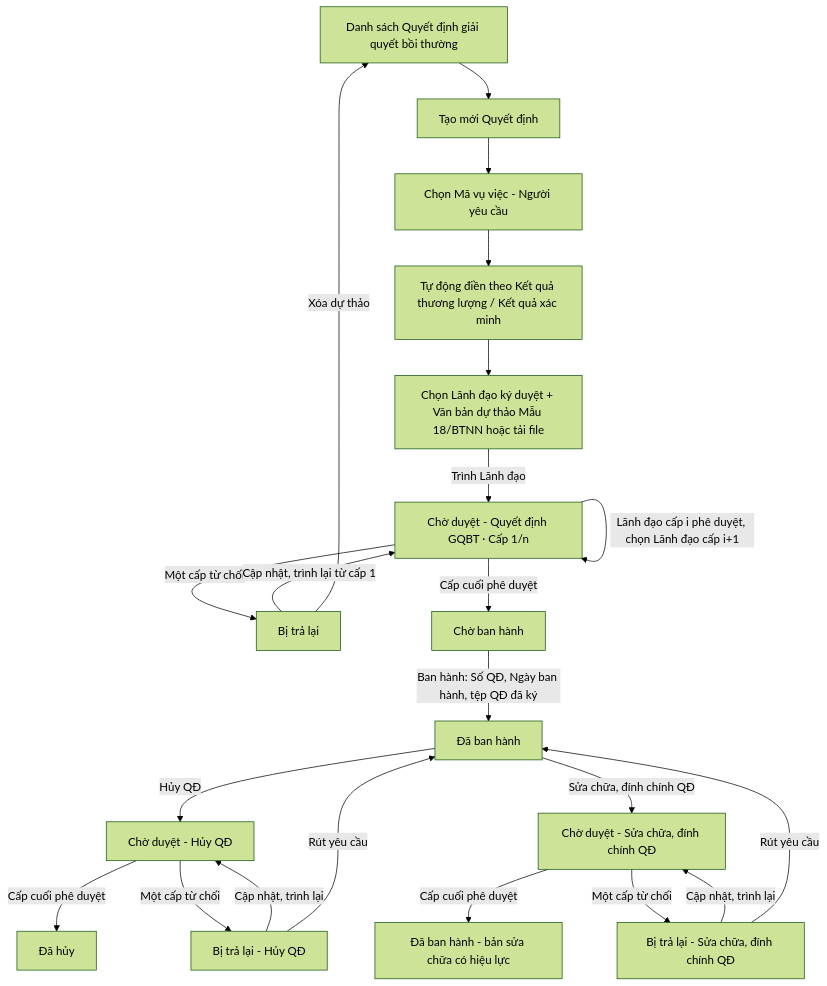
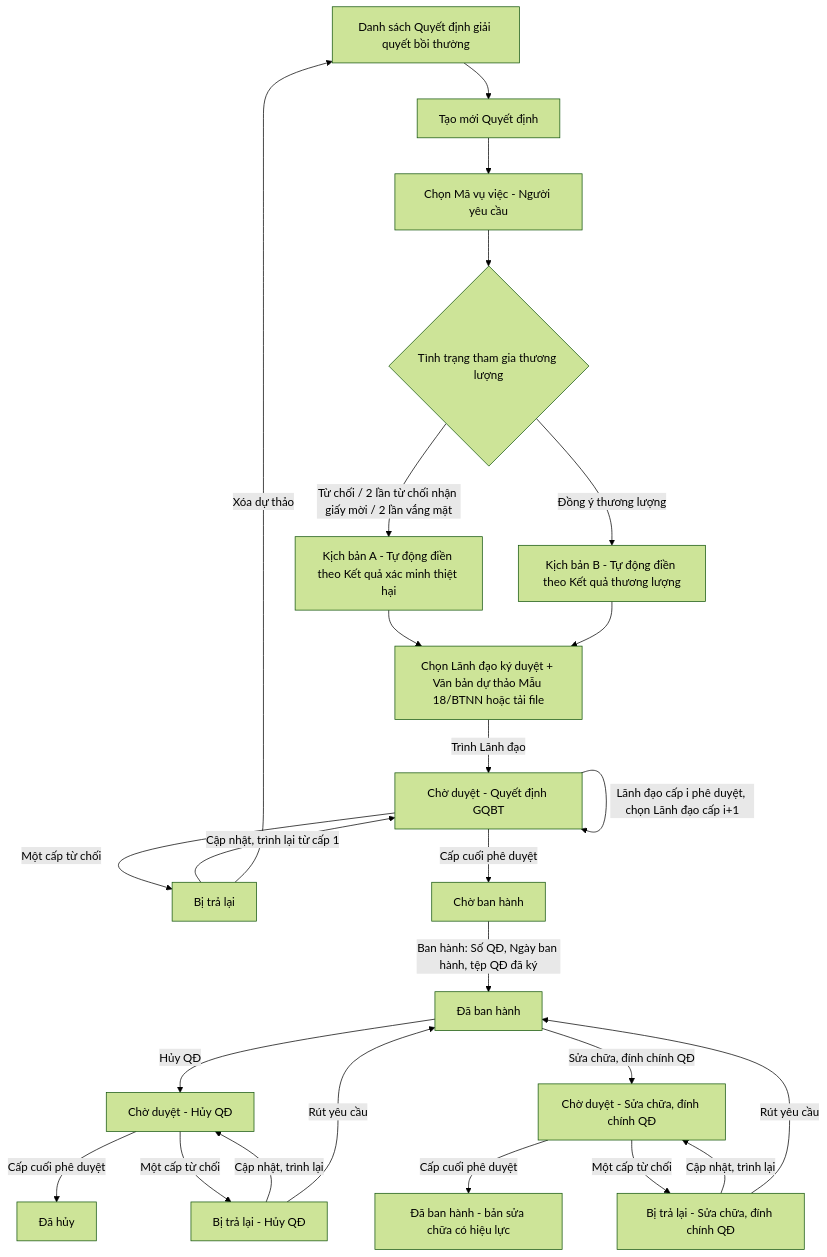
Before and after one commit to huyendt2007/BPBD_UI: the diagram in Tai lieu phan tich/03_Website_Quan_tri/03_Cong_tac_boi_thuong/SRS_BTNN_GiaiQuyetBT_QuyetDinh_GQBT.md, drawn with Mermaid (forest theme). The commit also changed other lines of this file and 1 other file, not shown here.

Commit message:
feat(BTNN): Chuan hoa tao moi QD GQBT - Tim kiem nang cao vu viec, an hien khoi du lieu, phuong thuc chi tra va bo cuc du thao

````diff
--- a/Tai lieu phan tich/03_Website_Quan_tri/03_Cong_tac_boi_thuong/SRS_BTNN_GiaiQuyetBT_QuyetDinh_GQBT.md
+++ b/Tai lieu phan tich/03_Website_Quan_tri/03_Cong_tac_boi_thuong/SRS_BTNN_GiaiQuyetBT_QuyetDinh_GQBT.md
@@ -64,24 +78,27 @@
 ```mermaid
 flowchart TD
     A[Danh sách Quyết định giải quyết bồi thường] --> C[Tạo mới Quyết định]
     C --> D[Chọn Mã vụ việc - Người yêu cầu]
-    D --> E[Tự động điền theo Kết quả thương lượng / Kết quả xác minh]
-    E --> F[Chọn Lãnh đạo ký duyệt + Văn bản dự thảo Mẫu 18/BTNN hoặc tải file]
-    F -->|Trình Lãnh đạo| G[Chờ duyệt - Quyết định GQBT · Cấp 1/n]
+    D --> E{Tình trạng tham gia thương lượng}
+    E -->|Từ chối / 2 lần từ chối nhận giấy mời / 2 lần vắng mặt| E1[Kịch bản A - Tự động điền theo Kết quả xác minh thiệt hại]
+    E -->|Đồng ý thương lượng| E2[Kịch bản B - Tự động điền theo Kết quả thương lượng]
+    E1 --> F
+    E2 --> F[Chọn Lãnh đạo ký duyệt + Văn bản dự thảo Mẫu 18/BTNN hoặc tải file]
+    F -->|Trình Lãnh đạo| G[Chờ duyệt - Quyết định GQBT]
     G -->|Lãnh đạo cấp i phê duyệt, chọn Lãnh đạo cấp i+1| G
     G -->|Một cấp từ chối| H[Bị trả lại]
     H -->|Cập nhật, trình lại từ cấp 1| G
     H -->|Xóa dự thảo| A
     G -->|Cấp cuối phê duyệt| I[Chờ ban hành]
     I -->|Ban hành: Số QĐ, Ngày ban hành, tệp QĐ đã ký| J[Đã ban hành]
     J -->|Hủy QĐ| K[Chờ duyệt - Hủy QĐ]
     J -->|Sửa chữa, đính chính QĐ| L[Chờ duyệt - Sửa chữa, đính chính QĐ]
     K -->|Cấp cuối phê duyệt| M[Đã hủy]
     L -->|Cấp cuối phê duyệt| J2[Đã ban hành - bản sửa chữa có hiệu lực]
     K -->|Một cấp từ chối| N[Bị trả lại - Hủy QĐ]
     L -->|Một cấp từ chối| N2[Bị trả lại - Sửa chữa, đính chính QĐ]
     N -->|Cập nhật, trình lại| K
     N2 -->|Cập nhật, trình lại| L
     N -->|Rút yêu cầu| J
     N2 -->|Rút yêu cầu| J
 ```
````
